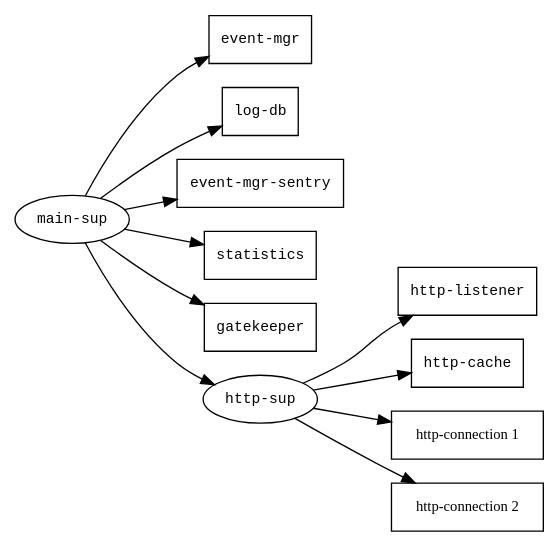
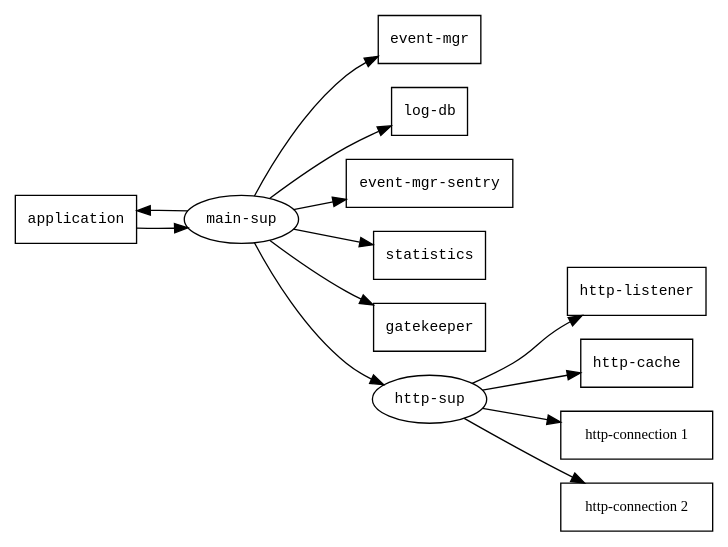
The diagram in doc/swish/intro-sup-tree.dot (becls/swish), drawn with Graphviz before and after one commit. The commit also changed 16 other files, not shown here.

```diff
--- a/doc/swish/intro-sup-tree.dot
+++ b/doc/swish/intro-sup-tree.dot
@@ -1,25 +1,28 @@
 digraph G {
   graph [margin=0,rankdir=LR];
   node [shape=box,fontname="Courier",fontsize=11];
+  application [label="application"];
   mainsup [label="main-sup",shape=ellipse];
   eventmgr [label="event-mgr"];
   logdb [label="log-db"];
   eventmgrsentry [label="event-mgr-sentry"];
   statistics [label="statistics"];
   gatekeeper [label="gatekeeper"];
   httpsup [label="http-sup",shape=ellipse];
   httpd [label="http-listener"];
   httpcache [label="http-cache"];
   hc1 [label="http-connection 1",fontname="Times-Roman"];
   hc2 [label="http-connection 2",fontname="Times-Roman"];
+  application -> mainsup;
+  mainsup -> application;
   mainsup -> eventmgr;
   mainsup -> logdb;
   mainsup -> eventmgrsentry;
   mainsup -> statistics;
   mainsup -> gatekeeper;
   mainsup -> httpsup;
   httpsup -> httpd;
   httpsup -> httpcache;
   httpsup -> hc1;
   httpsup -> hc2;
 }
```
